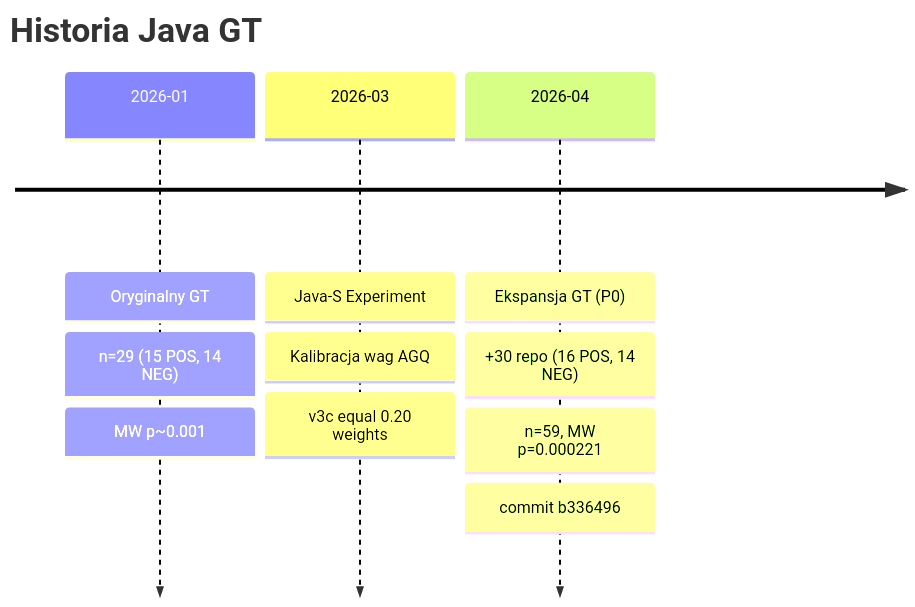
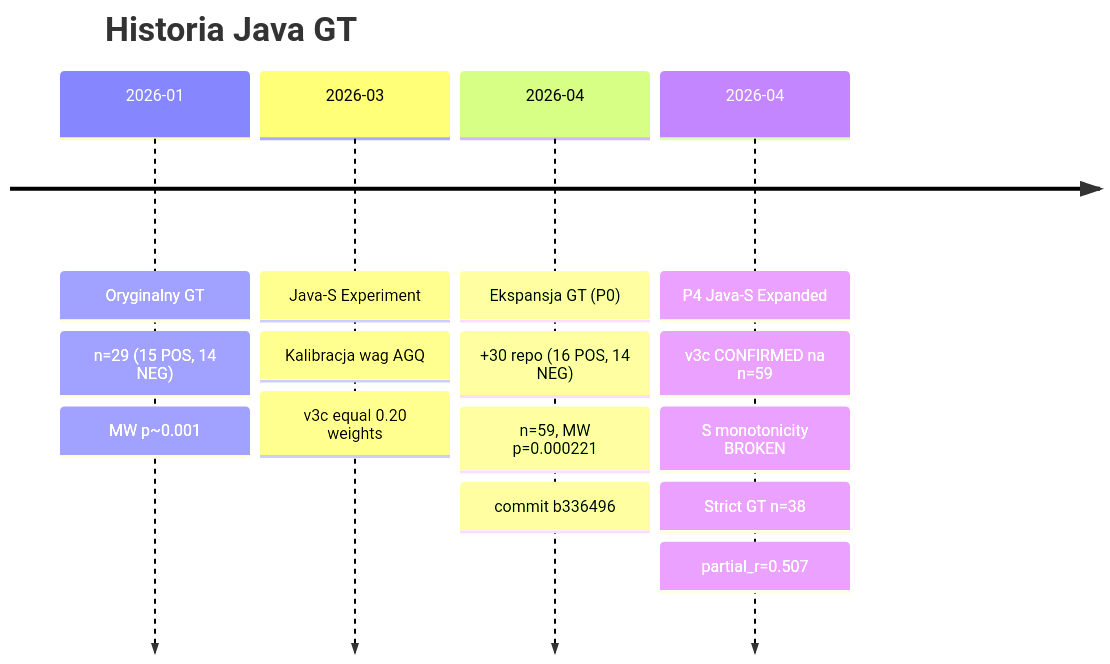
The diagram in docs/qse-wiki/07 Benchmarks/Java GT Dataset.md (PiotrGry/qse-pkg), drawn with Mermaid before and after one commit. The commit also changed other lines of this file and 9 other files, not shown here.

````diff
--- a/docs/qse-wiki/07 Benchmarks/Java GT Dataset.md
+++ b/docs/qse-wiki/07 Benchmarks/Java GT Dataset.md
@@ -104,14 +126,18 @@
 ```mermaid
 timeline
     title Historia Java GT
     2026-01 : Oryginalny GT
             : n=29 (15 POS, 14 NEG)
             : MW p~0.001
     2026-03 : Java-S Experiment
             : Kalibracja wag AGQ
             : v3c equal 0.20 weights
     2026-04 : Ekspansja GT (P0)
             : +30 repo (16 POS, 14 NEG)
             : n=59, MW p=0.000221
             : commit b336496
+    2026-04 : P4 Java-S Expanded
+            : v3c CONFIRMED na n=59
+            : S monotonicity BROKEN
+            : Strict GT n=38: partial_r=0.507
 ```
````
